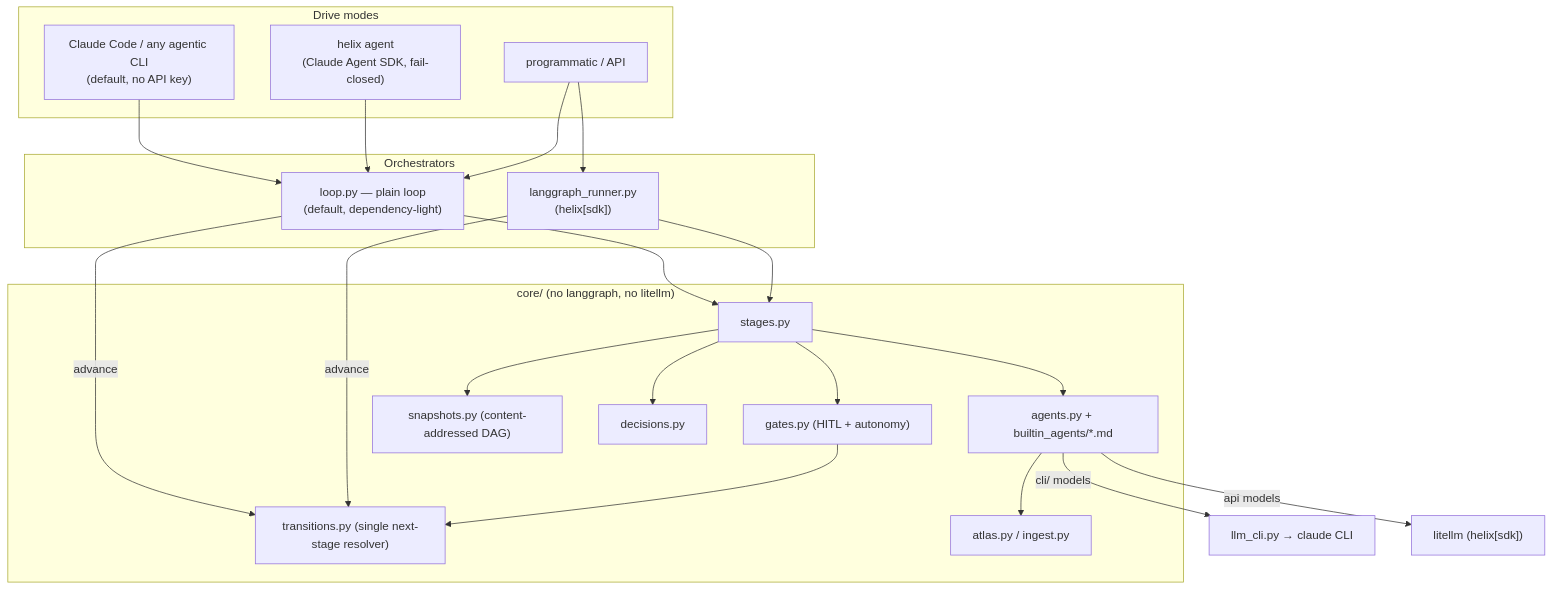
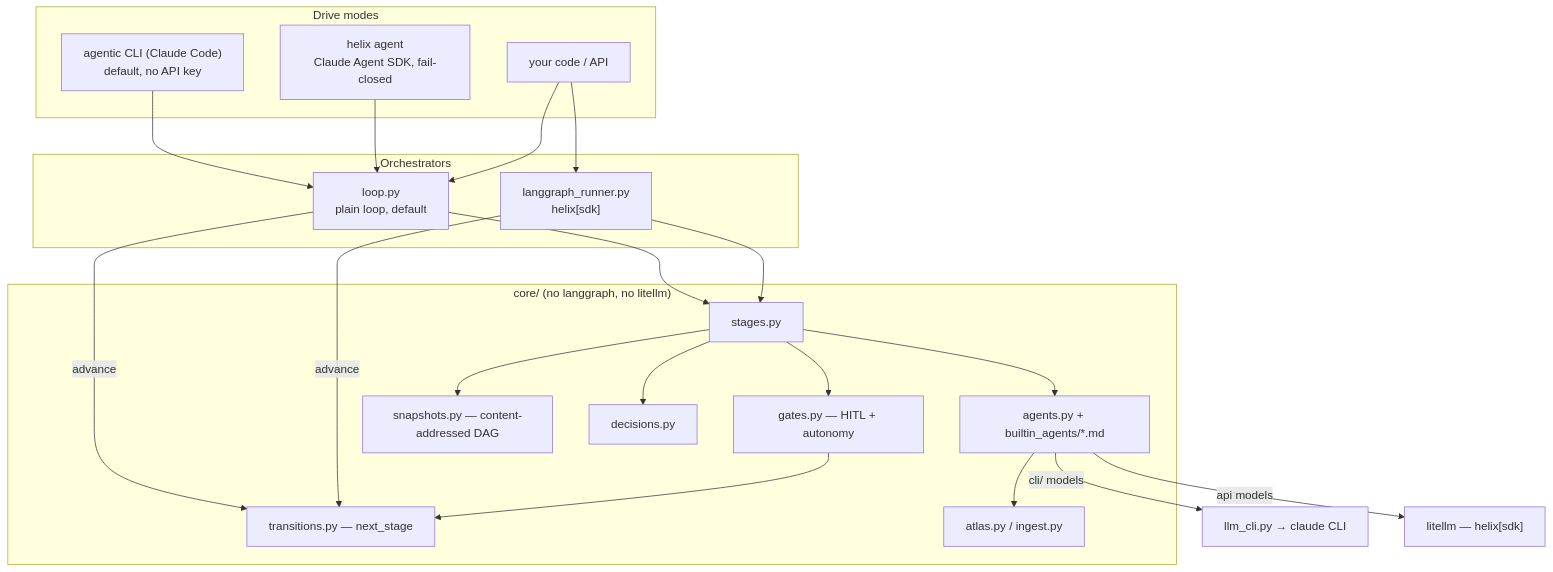
The first of 2 diagrams in docs/architecture.md (dawood-adam/helix-mini), drawn with Mermaid before and after one commit. The commit also changed other lines of this file and 6 other files, not shown here.

````diff
--- a/docs/architecture.md
+++ b/docs/architecture.md
@@ -8,37 +24,37 @@
 ```mermaid
 graph TD
     subgraph drive["Drive modes"]
-      CLI["Claude Code / any agentic CLI<br/>(default, no API key)"]
-      AGENT["helix agent<br/>(Claude Agent SDK, fail-closed)"]
-      LIB["programmatic / API"]
+      CLI["agentic CLI (Claude Code)<br/>default, no API key"]
+      AGENT["helix agent<br/>Claude Agent SDK, fail-closed"]
+      LIB["your code / API"]
     end
     subgraph orch["Orchestrators"]
-      LOOP["loop.py — plain loop<br/>(default, dependency-light)"]
-      LG["langgraph_runner.py<br/>(helix[sdk])"]
+      LOOP["loop.py<br/>plain loop, default"]
+      LG["langgraph_runner.py<br/>helix[sdk]"]
     end
-    subgraph core["core/ (no langgraph, no litellm)"]
+    subgraph core["core/  (no langgraph, no litellm)"]
       ST["stages.py"]
       AG["agents.py + builtin_agents/*.md"]
-      GA["gates.py (HITL + autonomy)"]
-      TR["transitions.py (single next-stage resolver)"]
-      SN["snapshots.py (content-addressed DAG)"]
+      GA["gates.py — HITL + autonomy"]
+      TR["transitions.py — next_stage"]
+      SN["snapshots.py — content-addressed DAG"]
       AT["atlas.py / ingest.py"]
       DE["decisions.py"]
     end
     CLI --> LOOP
     AGENT --> LOOP
     LIB --> LOOP
     LIB --> LG
+    LOOP -->|advance| TR
+    LG -->|advance| TR
     LOOP --> ST
     LG --> ST
-    LOOP -->|advance| TR
-    LG -->|advance| TR
     ST --> AG
     ST --> GA
     GA --> TR
     ST --> SN
     AG --> AT
     ST --> DE
     AG -->|cli/ models| ENG["llm_cli.py → claude CLI"]
-    AG -->|api models| LIT["litellm (helix[sdk])"]
+    AG -->|api models| LIT["litellm — helix[sdk]"]
 ```
````
